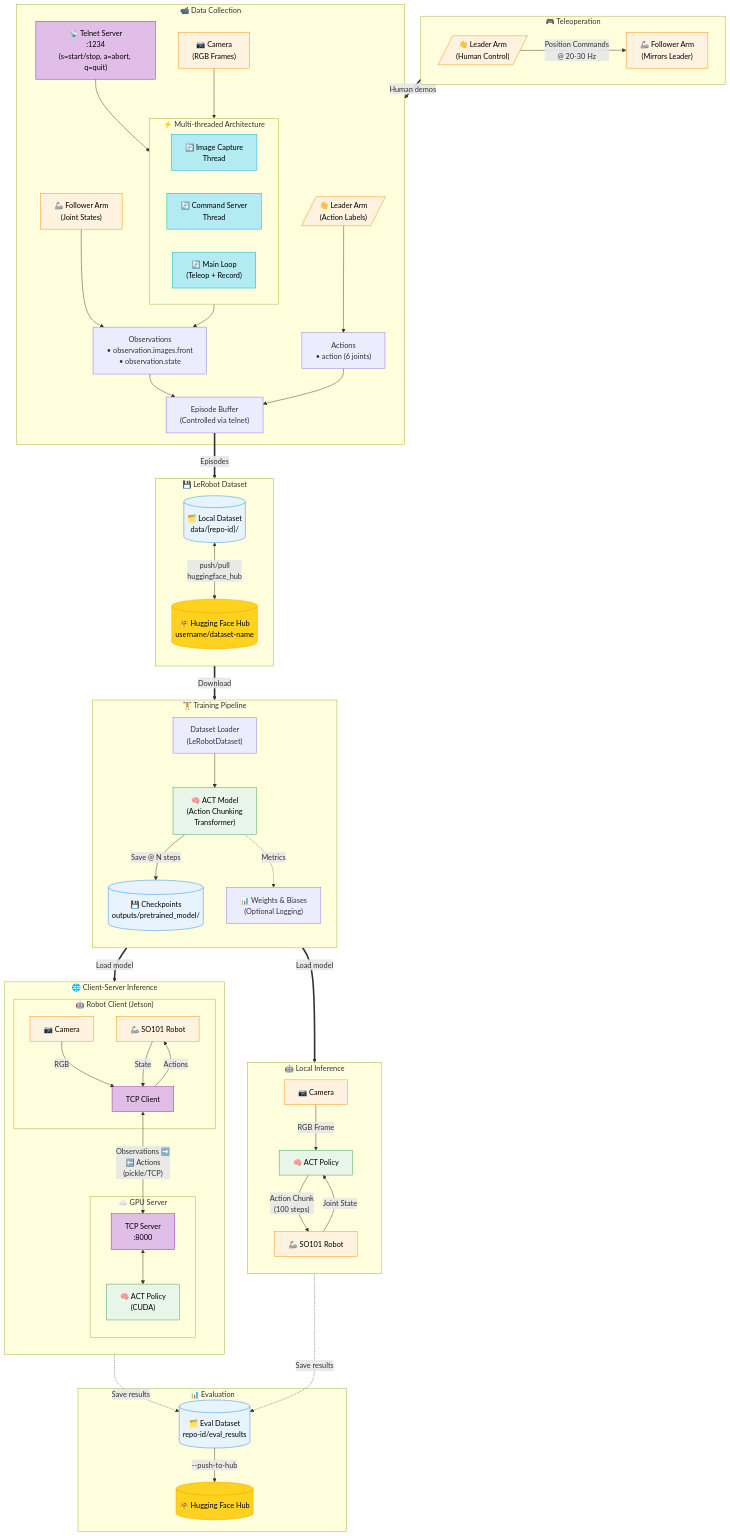
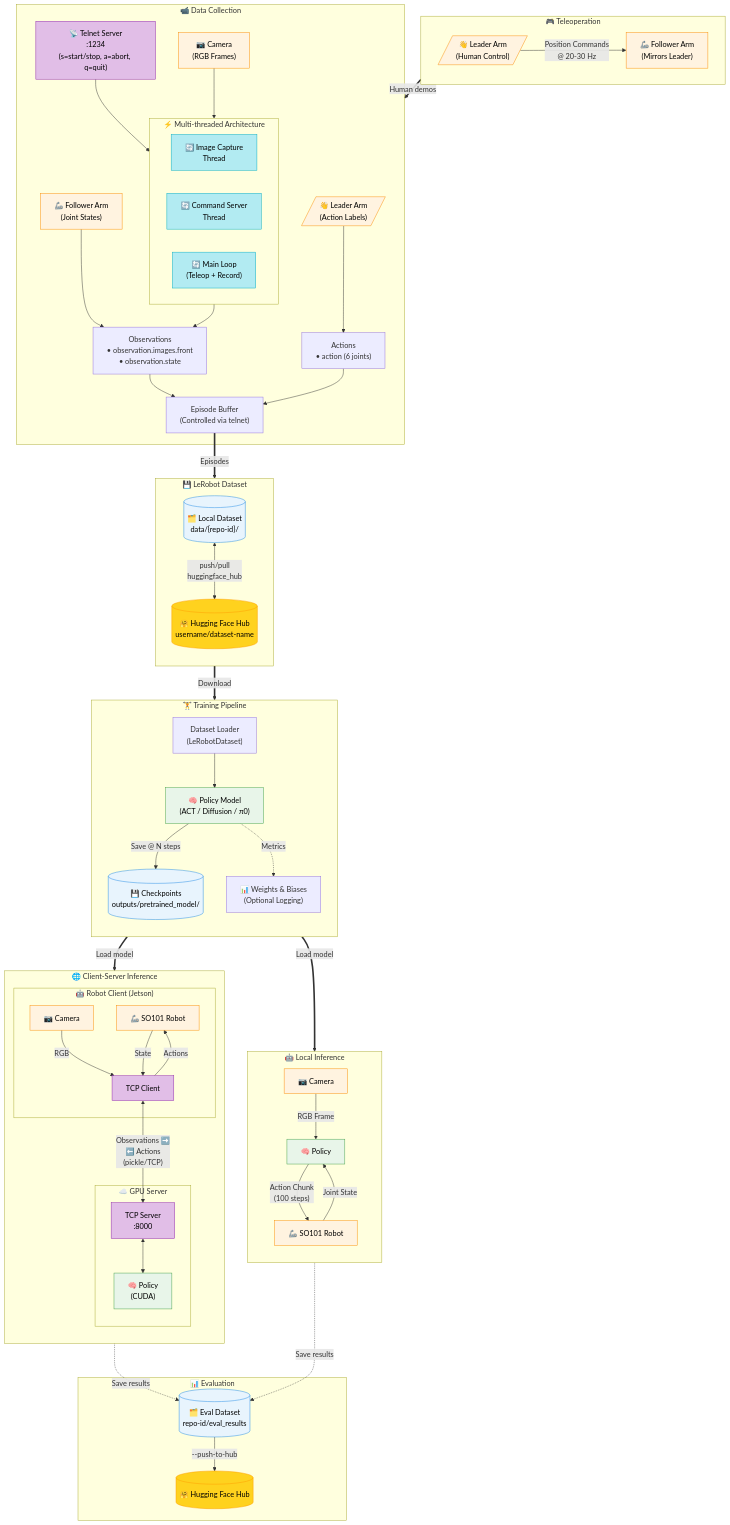
The diagram in README.md (nu-jliu/allen-vla), drawn with Mermaid before and after one commit. The commit also changed other lines of this file and 34 other files, not shown here.

```diff
--- a/README.md
+++ b/README.md
@@ -57,7 +57,7 @@
     subgraph TRAINING["🏋️ Training Pipeline"]
         direction TB
         DS_LOAD["Dataset Loader<br/>(LeRobotDataset)"]
-        ACT_MODEL["🧠 ACT Model<br/>(Action Chunking<br/>Transformer)"]
+        ACT_MODEL["🧠 Policy Model<br/>(ACT / Diffusion / π0)"]
         CKPT[("💾 Checkpoints<br/>outputs/pretrained_model/")]
         WANDB["📊 Weights & Biases<br/>(Optional Logging)"]
 
@@ -68,7 +68,7 @@
 
     subgraph INFERENCE_LOCAL["🤖 Local Inference"]
         direction TB
-        POLICY_L["🧠 ACT Policy"]
+        POLICY_L["🧠 Policy"]
         ROBOT_L["🦾 SO101 Robot"]
         CAM_L["📷 Camera"]
 
@@ -80,7 +80,7 @@
     subgraph INFERENCE_REMOTE["🌐 Client-Server Inference"]
         direction TB
         subgraph SERVER["☁️ GPU Server"]
-            POLICY_S["🧠 ACT Policy<br/>(CUDA)"]
+            POLICY_S["🧠 Policy<br/>(CUDA)"]
             TCP_S["TCP Server<br/>:8000"]
         end
 
```
